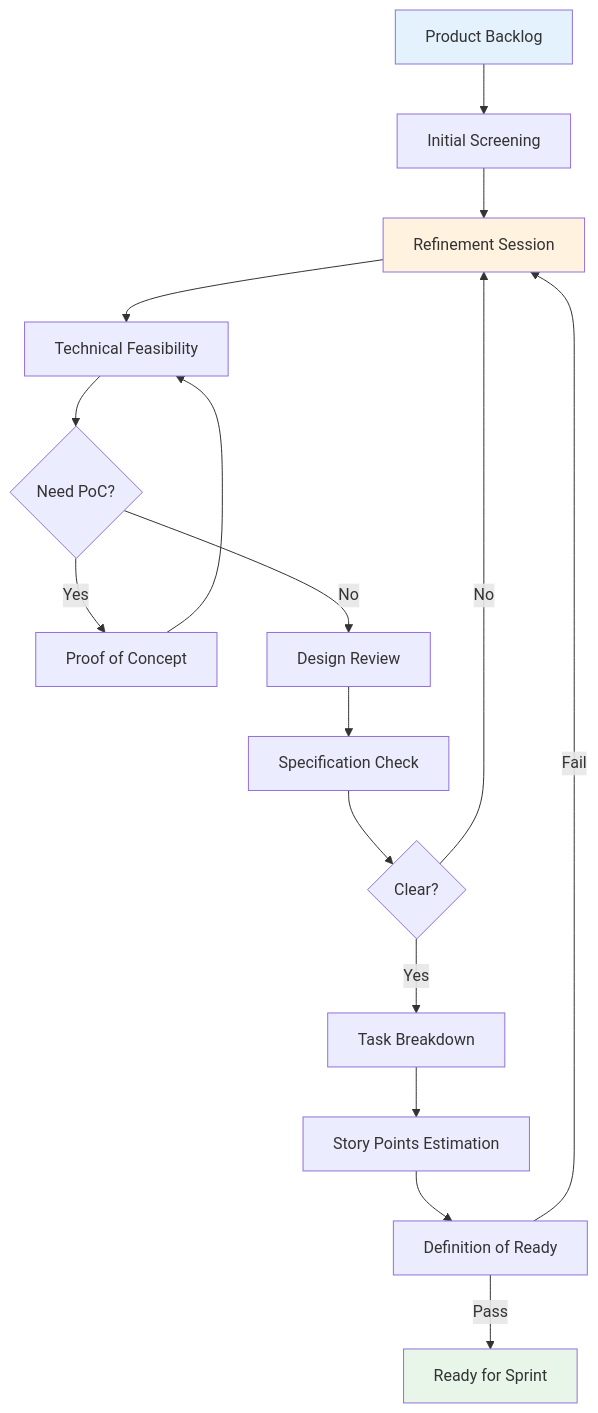
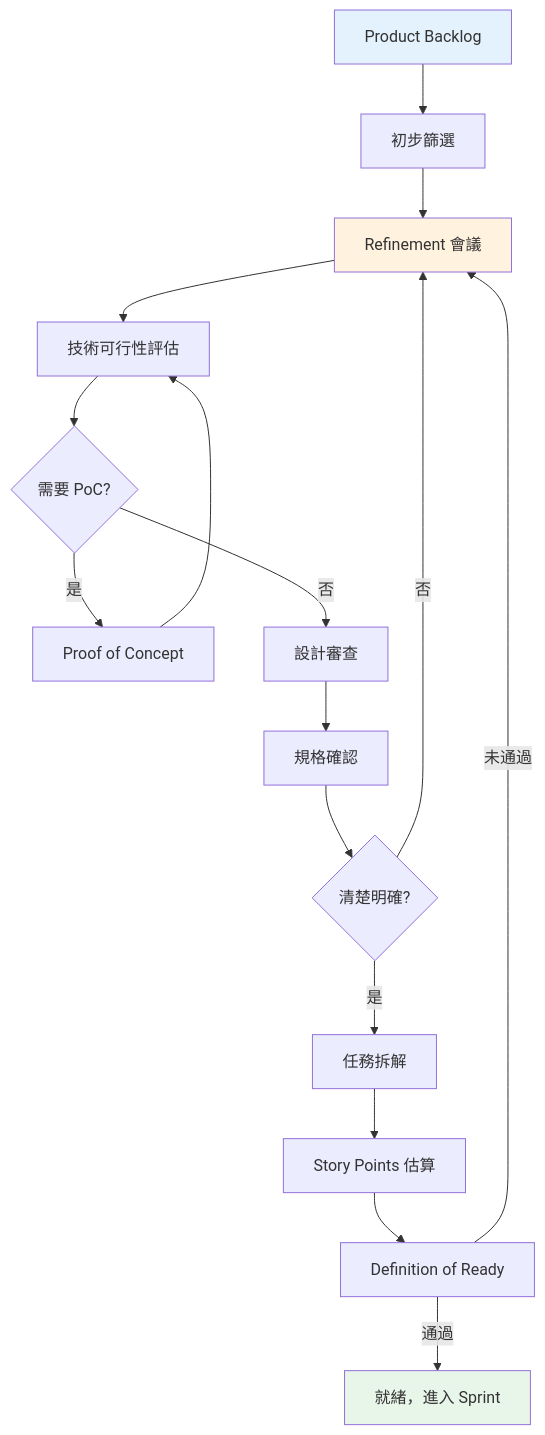
Before and after one commit to kero13ro/Code-Beyond: the diagram in content/Software development process/2-2 Refinement Process.md, drawn with Mermaid. The commit also changed other lines of this file and 42 other files, not shown here.

````diff
--- a/content/Software development process/2-2 Refinement Process.md
+++ b/content/Software development process/2-2 Refinement Process.md
@@ -9,26 +17,26 @@
 ```mermaid
 graph TD
-    A[Product Backlog] --> B[Initial Screening]
-    B --> C[Refinement Session]
+    A[Product Backlog] --> B[初步篩選]
+    B --> C[Refinement 會議]
 
-    C --> D[Technical Feasibility]
-    D --> E{Need PoC?}
-    E -->|Yes| F[Proof of Concept]
+    C --> D[技術可行性評估]
+    D --> E{需要 PoC?}
+    E -->|是| F[Proof of Concept]
     F --> D
-    E -->|No| G[Design Review]
+    E -->|否| G[設計審查]
 
-    G --> H[Specification Check]
-    H --> I{Clear?}
-    I -->|No| C
+    G --> H[規格確認]
+    H --> I{清楚明確?}
+    I -->|否| C
 
-    I -->|Yes| J[Task Breakdown]
-    J --> K[Story Points Estimation]
+    I -->|是| J[任務拆解]
+    J --> K[Story Points 估算]
     K --> L[Definition of Ready]
 
-    L -->|Pass| M[Ready for Sprint]
-    L -->|Fail| C
+    L -->|通過| M[就緒，進入 Sprint]
+    L -->|未通過| C
 
     style A fill:#e3f2fd
     style M fill:#e8f5e9
     style C fill:#fff3e0
 ```
````
